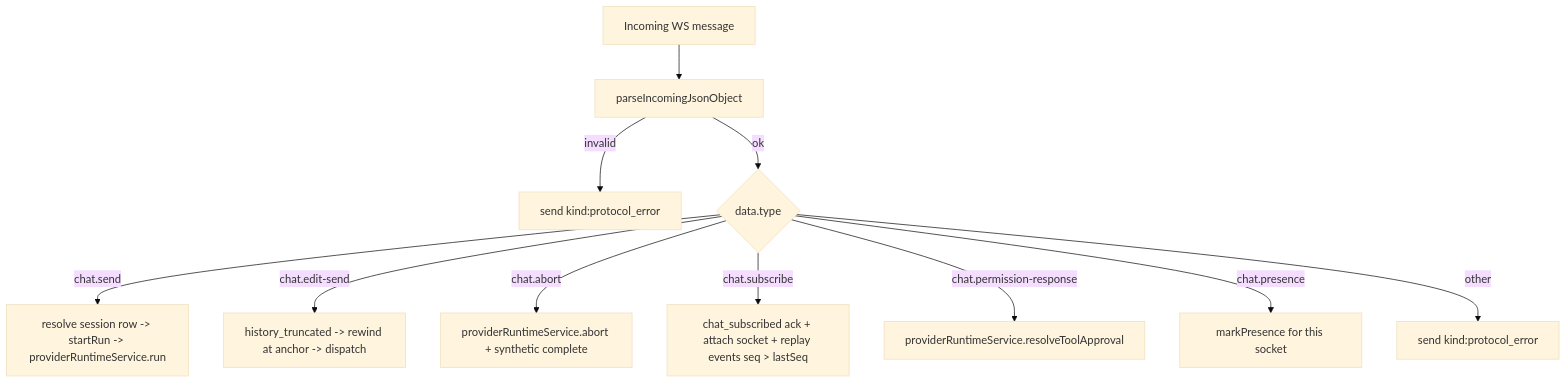
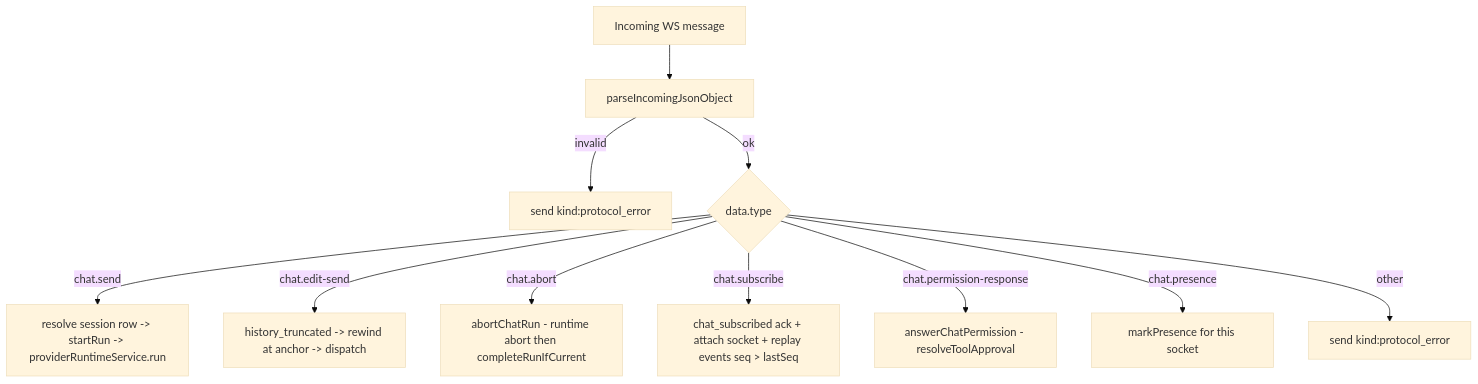
The third of 5 diagrams in server/modules/websocket/MANUAL.md (ScottDeJesus/claudecodeui_lyphe), drawn with Mermaid (base theme) before and after one commit. The commit also changed other lines of this file and 74 other files, not shown here.

````diff
--- a/server/modules/websocket/MANUAL.md
+++ b/server/modules/websocket/MANUAL.md
@@ -163,14 +163,14 @@
 ```mermaid
 flowchart TD
   A[Incoming WS message] --> B[parseIncomingJsonObject]
   B -->|invalid| C[send kind:protocol_error]
   B -->|ok| D{data.type}
 
   D -->|chat.send| E[resolve session row -> startRun -> providerRuntimeService.run]
   D -->|chat.edit-send| J[history_truncated -> rewind at anchor -> dispatch]
-  D -->|chat.abort| F[providerRuntimeService.abort + synthetic complete]
+  D -->|chat.abort| F[abortChatRun - runtime abort then completeRunIfCurrent]
   D -->|chat.subscribe| G[chat_subscribed ack + attach socket + replay events seq > lastSeq]
-  D -->|chat.permission-response| H[providerRuntimeService.resolveToolApproval]
+  D -->|chat.permission-response| H[answerChatPermission - resolveToolApproval]
   D -->|chat.presence| K[markPresence for this socket]
   D -->|other| I[send kind:protocol_error]
 ```
````
